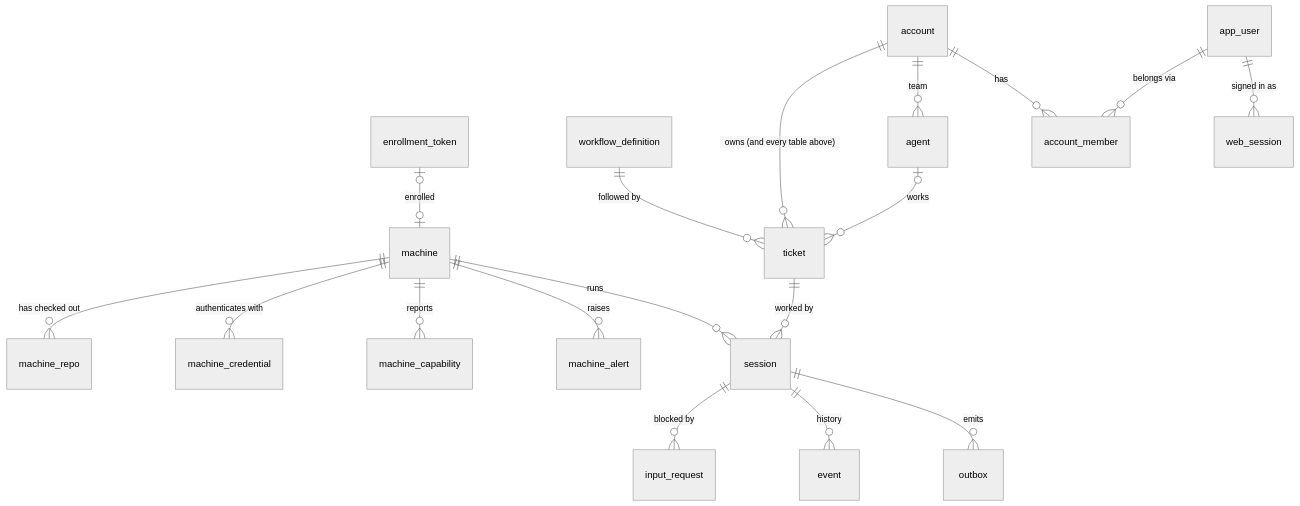
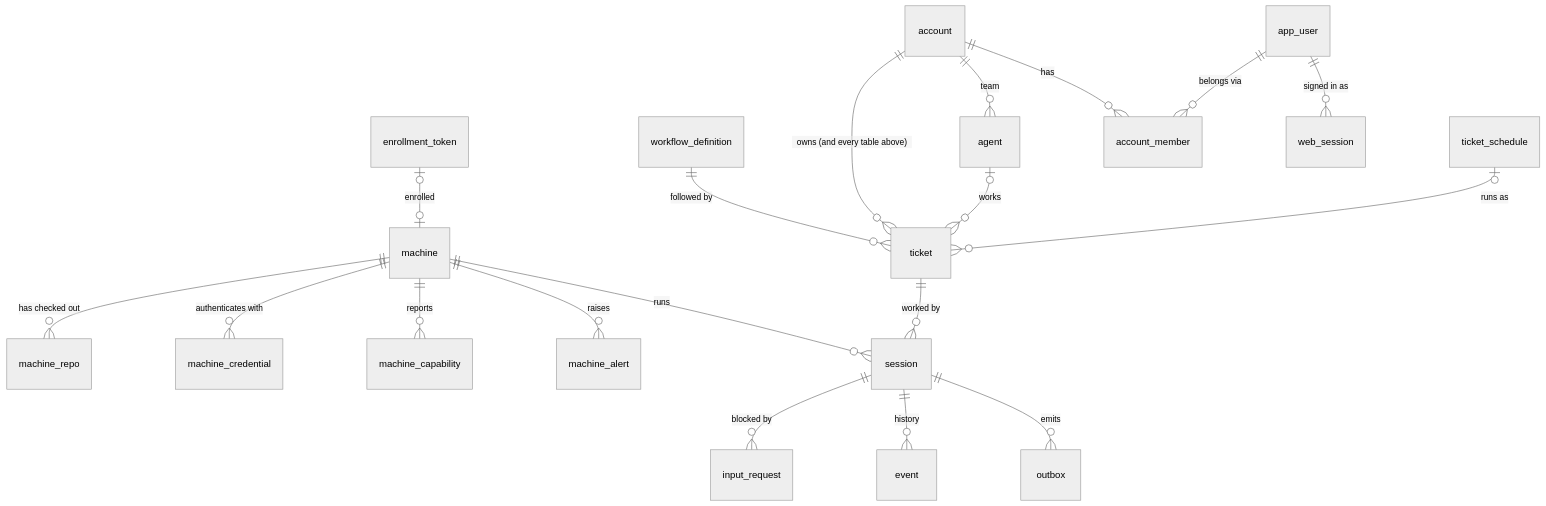
The diagram in docs/design/02-data-model.md (benjgrad/conductor), drawn with Mermaid (neutral theme) before and after one commit. The commit also changed other lines of this file and 37 other files, not shown here.

````diff
--- a/docs/design/02-data-model.md
+++ b/docs/design/02-data-model.md
@@ -5,20 +5,21 @@
 ```mermaid
 erDiagram
   machine ||--o{ machine_repo : "has checked out"
   machine ||--o{ machine_credential : "authenticates with"
   machine ||--o{ machine_capability : "reports"
   machine ||--o{ machine_alert : "raises"
   enrollment_token |o--o| machine : "enrolled"
   machine ||--o{ session : "runs"
   ticket ||--o{ session : "worked by"
   workflow_definition ||--o{ ticket : "followed by"
   session ||--o{ input_request : "blocked by"
   session ||--o{ event : "history"
   session ||--o{ outbox : "emits"
   account ||--o{ ticket : "owns (and every table above)"
   agent |o--o{ ticket : "works"
   account ||--o{ agent : "team"
+  ticket_schedule |o--o{ ticket : "runs as"
   account ||--o{ account_member : "has"
   app_user ||--o{ account_member : "belongs via"
   app_user ||--o{ web_session : "signed in as"
 ```
````
